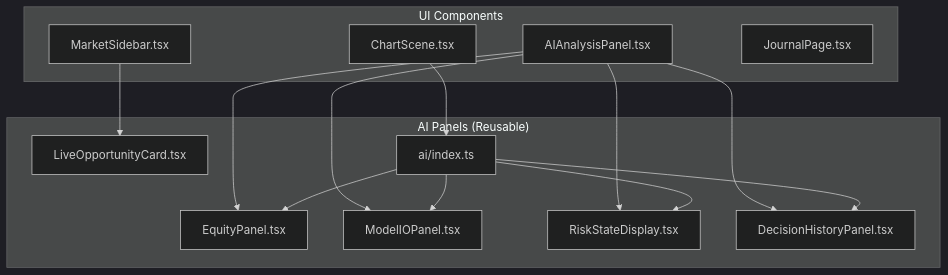
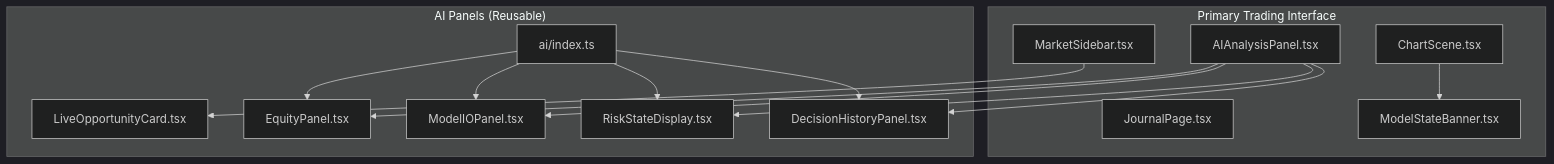
Before and after one commit to gemrajkhatry-maker/v5-of-glassytrade-ai: the first of 8 diagrams in .qoder/repowiki/en/content/Frontend Application/React Components/React Components.md, drawn with Mermaid (dark theme). The commit also changed other lines of this file and 219 other files, not shown here.

First line of the commit message:
refactor: major architecture improvements across backend, backendv2, brokers, and frontend

````diff
--- a/.qoder/repowiki/en/content/Frontend Application/React Components/React Components.md
+++ b/.qoder/repowiki/en/content/Frontend Application/React Components/React Components.md
@@ -35,27 +45,28 @@
 ```mermaid
 graph TB
-subgraph "UI Components"
+subgraph "Primary Trading Interface"
 CS["ChartScene.tsx"]
 MS["MarketSidebar.tsx"]
 AIP["AIAnalysisPanel.tsx"]
 JP["JournalPage.tsx"]
+MB["ModelStateBanner.tsx"]
 end
 subgraph "AI Panels (Reusable)"
 LO["LiveOpportunityCard.tsx"]
 EP["EquityPanel.tsx"]
 MIO["ModelIOPanel.tsx"]
 RSD["RiskStateDisplay.tsx"]
 DHP["DecisionHistoryPanel.tsx"]
 IDX["ai/index.ts"]
 end
 AIP --> EP
 AIP --> RSD
 AIP --> MIO
 AIP --> DHP
 IDX --> EP
 IDX --> MIO
 IDX --> DHP
 IDX --> RSD
-CS --> IDX
+CS --> MB
 MS --> LO
 ```
````
